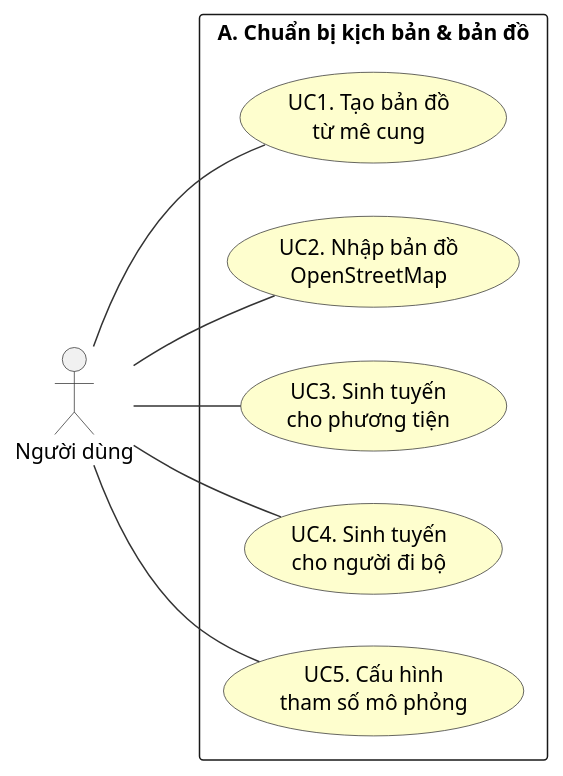
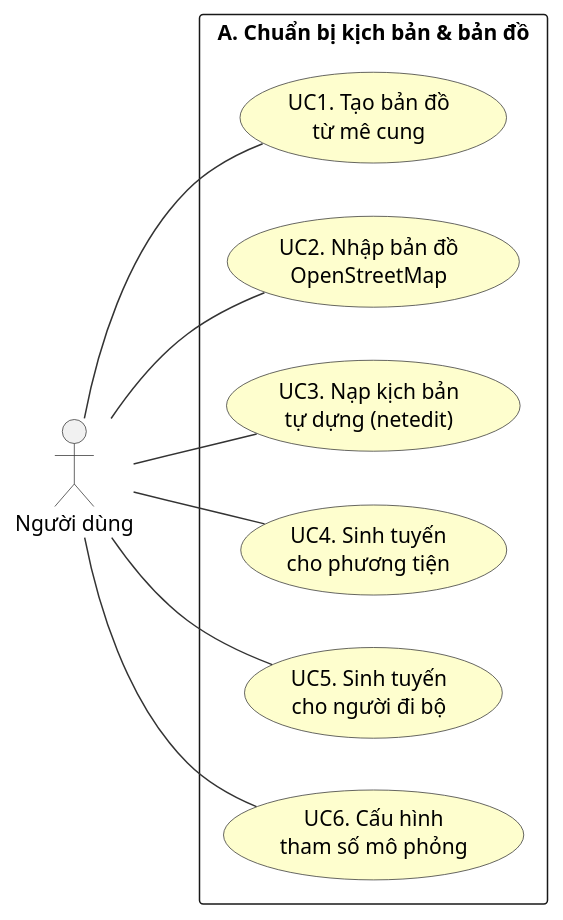
One commit to MinhHoang137/SUMO-GR1 changed the diagram in DiagramsCode/hinh2.3-usecase-nhom-A.puml. Above: the diagram before and after it, drawn with PlantUML. The commit also changed 33 other files, not shown here.

```diff
--- a/DiagramsCode/hinh2.3-usecase-nhom-A.puml
+++ b/DiagramsCode/hinh2.3-usecase-nhom-A.puml
@@ -1,25 +1,27 @@
 @startuml hinh2.3-usecase-nhom-A
 left to right direction
 skinparam packageStyle rectangle
 skinparam usecaseBorderColor #333333
 skinparam usecaseBackgroundColor #FEFECE
 skinparam actorBorderColor #333333
 skinparam ArrowColor #333333
 
 actor "Người dùng" as User
 
 rectangle "A. Chuẩn bị kịch bản & bản đồ" {
   usecase "UC1. Tạo bản đồ\ntừ mê cung" as UC1
   usecase "UC2. Nhập bản đồ\nOpenStreetMap" as UC2
-  usecase "UC3. Sinh tuyến\ncho phương tiện" as UC3
-  usecase "UC4. Sinh tuyến\ncho người đi bộ" as UC4
-  usecase "UC5. Cấu hình\ntham số mô phỏng" as UC5
+  usecase "UC3. Nạp kịch bản\ntự dựng (netedit)" as UC3
+  usecase "UC4. Sinh tuyến\ncho phương tiện" as UC4
+  usecase "UC5. Sinh tuyến\ncho người đi bộ" as UC5
+  usecase "UC6. Cấu hình\ntham số mô phỏng" as UC6
 }
 
 User -- UC1
 User -- UC2
 User -- UC3
 User -- UC4
 User -- UC5
+User -- UC6
 
 @enduml
```
